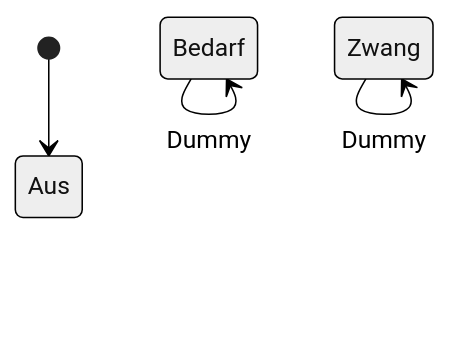
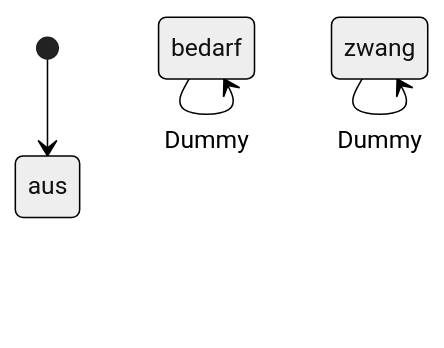
One commit to petermaerki/puenterswis_heizung_2023_git changed the diagram in steuerung_automatik/zero-software/doc/statemachine_HsmLadung.md. Above: the diagram before and after it, drawn with Mermaid (neutral theme). The commit also changed 5 other files, not shown here.

````diff
--- a/steuerung_automatik/zero-software/doc/statemachine_HsmLadung.md
+++ b/steuerung_automatik/zero-software/doc/statemachine_HsmLadung.md
@@ -1,16 +1,16 @@
 ```mermaid
 stateDiagram-v2
-    Aus: Aus
-    state Aus
+    aus: aus
+    state aus
 
-    Bedarf: Bedarf
-    state Bedarf
-    Bedarf --> Bedarf: Dummy
+    bedarf: bedarf
+    state bedarf
+    bedarf --> bedarf: Dummy
 
-    Zwang: Zwang
-    state Zwang
-    Zwang --> Zwang: Dummy
-    [*] --> Aus
+    zwang: zwang
+    state zwang
+    zwang --> zwang: Dummy
+    [*] --> aus
 
     %% Transitions
 ```
````
